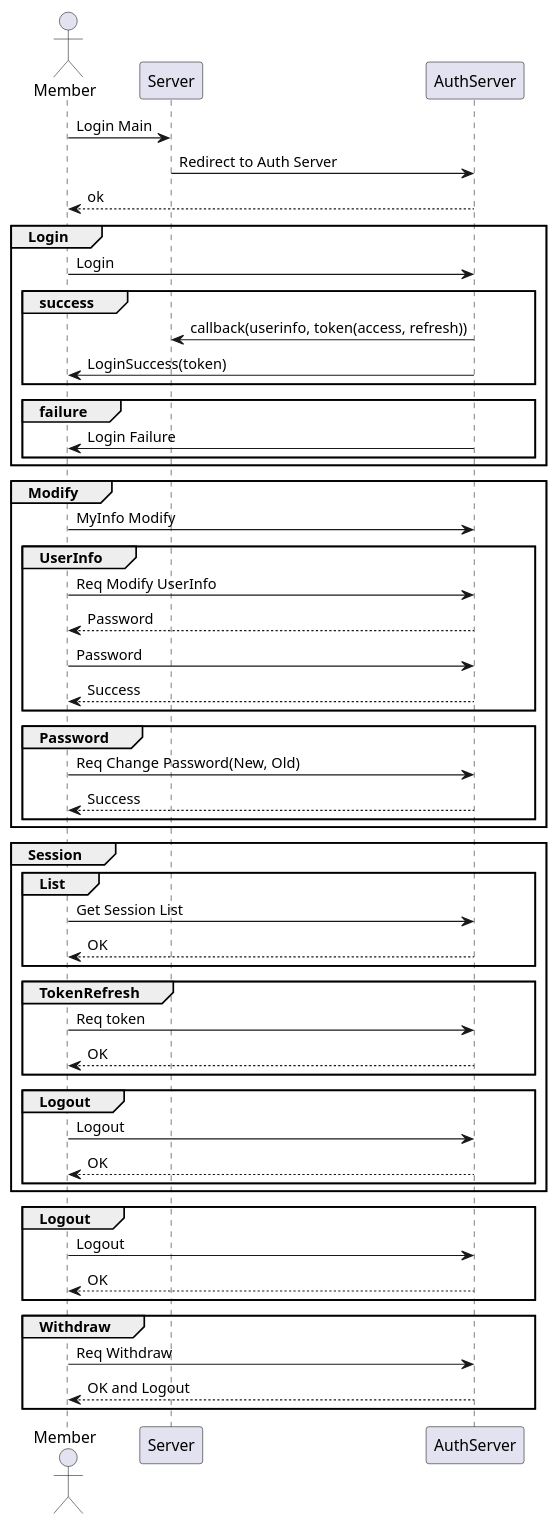
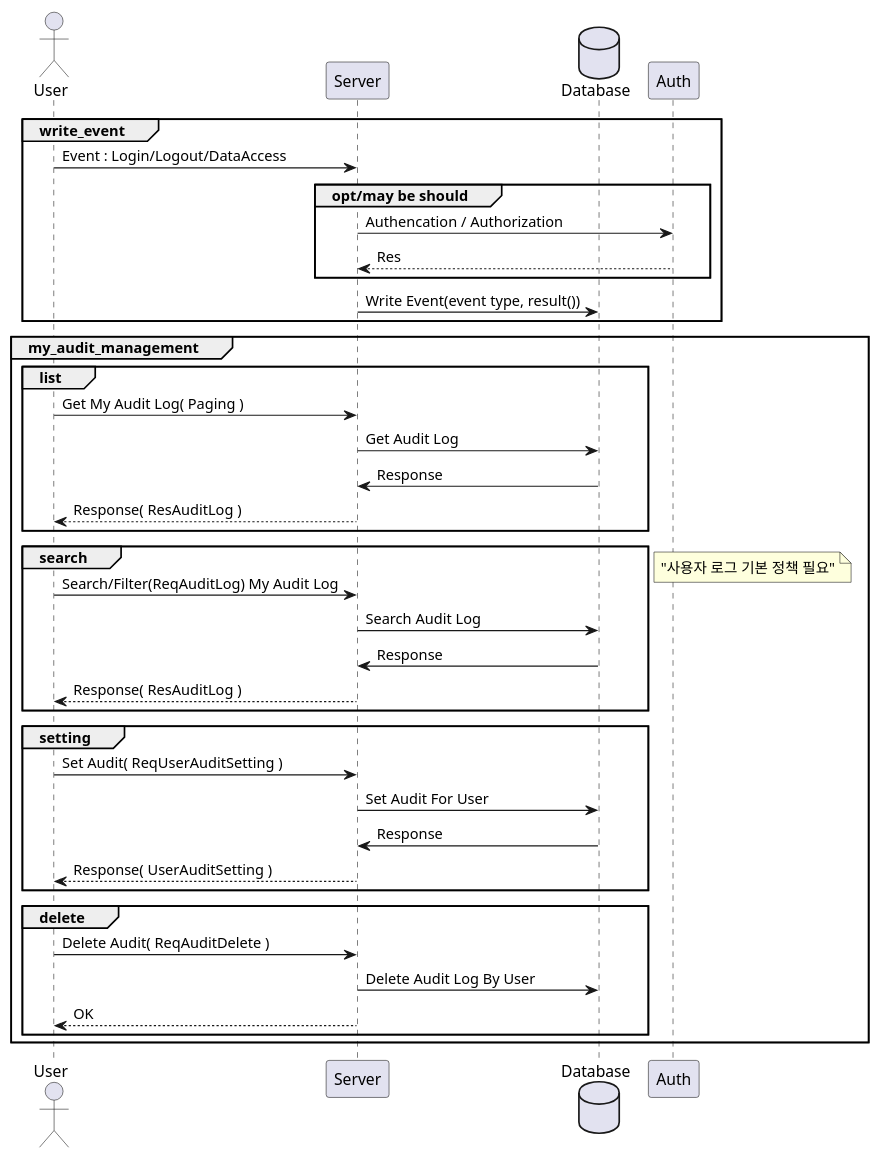
One commit to DataFabricTech/DataFabricPlatform changed the second of 4 diagrams in docs/arch/audit.md. Above: the diagram before and after it, drawn with PlantUML. The commit also changed other lines of this file and 5 other files, not shown here.

````diff
--- a/docs/arch/audit.md
+++ b/docs/arch/audit.md
@@ -279,56 +140,44 @@
 ```plantuml
 @startuml
-actor Member as member
-participant Server as server
-participant AuthServer as auth_server
-member -> server : Login Main
-server -> auth_server : Redirect to Auth Server
-member <-- auth_server : ok
-group Login
-    member -> auth_server: Login
-    group success
-        server <- auth_server: callback(userinfo, token(access, refresh))
-        member <- auth_server : LoginSuccess(token)
-    end
-    group failure
-        member <- auth_server : Login Failure
-    end
+actor       User        as user
+participant Server      as server
+database    Database    as db
+participant Auth        as auth
+
+group write_event
+user -> server : Event : Login/Logout/DataAccess
+  group opt/may be should
+    server -> auth : Authencation / Authorization
+    server <-- auth : Res
+  end
+server -> db : Write Event(event type, result())
 end
 
-group Modify
-    member -> auth_server: MyInfo Modify
-    group UserInfo
-        member -> auth_server: Req Modify UserInfo
-        member <-- auth_server: Password
-        member -> auth_server: Password
-        member <-- auth_server: Success
-    end
-    group Password
-        member -> auth_server: Req Change Password(New, Old)
-        member <-- auth_server: Success
-    end
-end
-group Session
-    group List
-        member -> auth_server: Get Session List
-        member <-- auth_server: OK
-    end
-    group TokenRefresh
-        member -> auth_server: Req token
-        member <-- auth_server: OK
-    end
-    group Logout
-        member -> auth_server: Logout
-        member <-- auth_server: OK
-    end
-end
-group Logout
-    member -> auth_server: Logout
-    member <-- auth_server: OK
-end
-group Withdraw
-    member -> auth_server: Req Withdraw
-    member <-- auth_server: OK and Logout
+group my_audit_management
+  group list
+    user -> server : Get My Audit Log( Paging )
+    server -> db : Get Audit Log
+    server <- db : Response
+    user <-- server : Response( ResAuditLog )
+  end
+  group search
+    user -> server : Search/Filter(ReqAuditLog) My Audit Log
+    server -> db : Search Audit Log
+    server <- db : Response
+    user <-- server : Response( ResAuditLog )
+  end
+  note left : "사용자 로그 기본 정책 필요" 
+  group setting
+    user -> server : Set Audit( ReqUserAuditSetting )
+    server -> db : Set Audit For User
+    server <- db : Response
+    user <-- server : Response( UserAuditSetting )
+  end
+  group delete
+    user -> server : Delete Audit( ReqAuditDelete )
+    server -> db : Delete Audit Log By User
+    user <-- server : OK
+  end
 end
 @enduml
 ```
````
